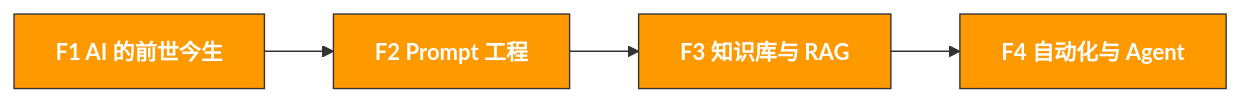
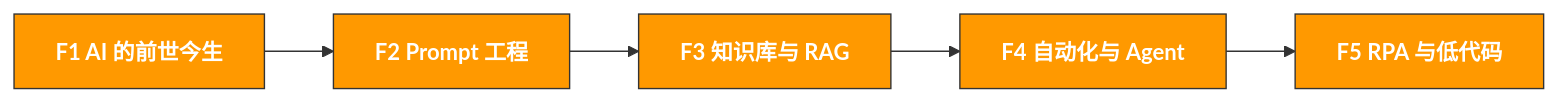
Before and after one commit to kangise/ecommerce-ai-roadmap: the diagram in src/0-foundations/README.md, drawn with Mermaid. The commit also changed other lines of this file and 23 other files, not shown here.

````diff
--- a/src/0-foundations/README.md
+++ b/src/0-foundations/README.md
@@ -23,14 +23,17 @@
 ```mermaid
 flowchart LR
 F1["F1 AI 的前世今生"]
 F1 --> F2
 F2["F2 Prompt 工程"]
 F2 --> F3
 F3["F3 知识库与 RAG"]
 F3 --> F4
 F4["F4 自动化与 Agent"]
+F4 --> F5
+F5["F5 RPA 与低代码"]
 style F1 fill:#ff9900,stroke:#333,color:#fff,font-weight:bold
 style F2 fill:#ff9900,stroke:#333,color:#fff,font-weight:bold
 style F3 fill:#ff9900,stroke:#333,color:#fff,font-weight:bold
 style F4 fill:#ff9900,stroke:#333,color:#fff,font-weight:bold
+style F5 fill:#ff9900,stroke:#333,color:#fff,font-weight:bold
 ```
````
